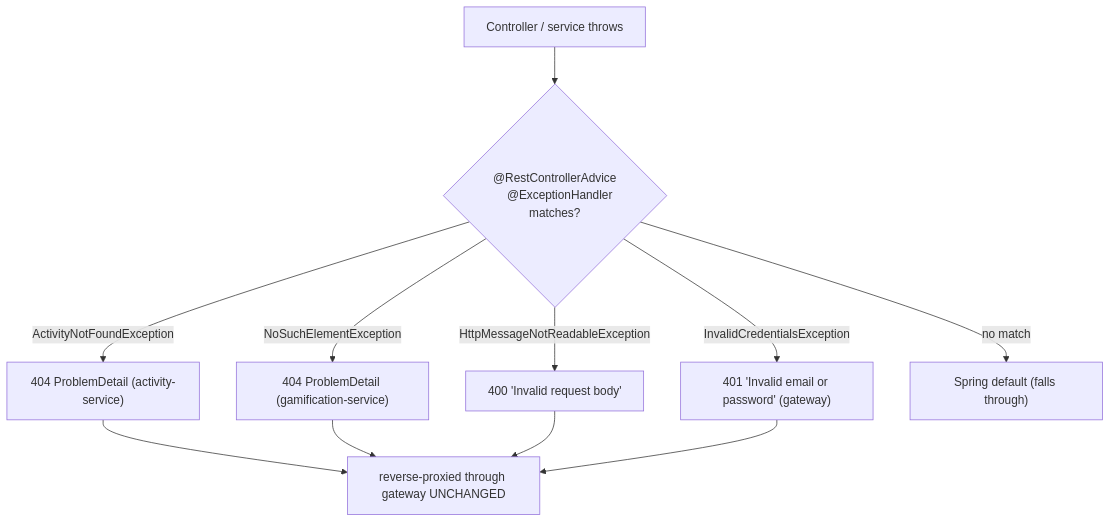
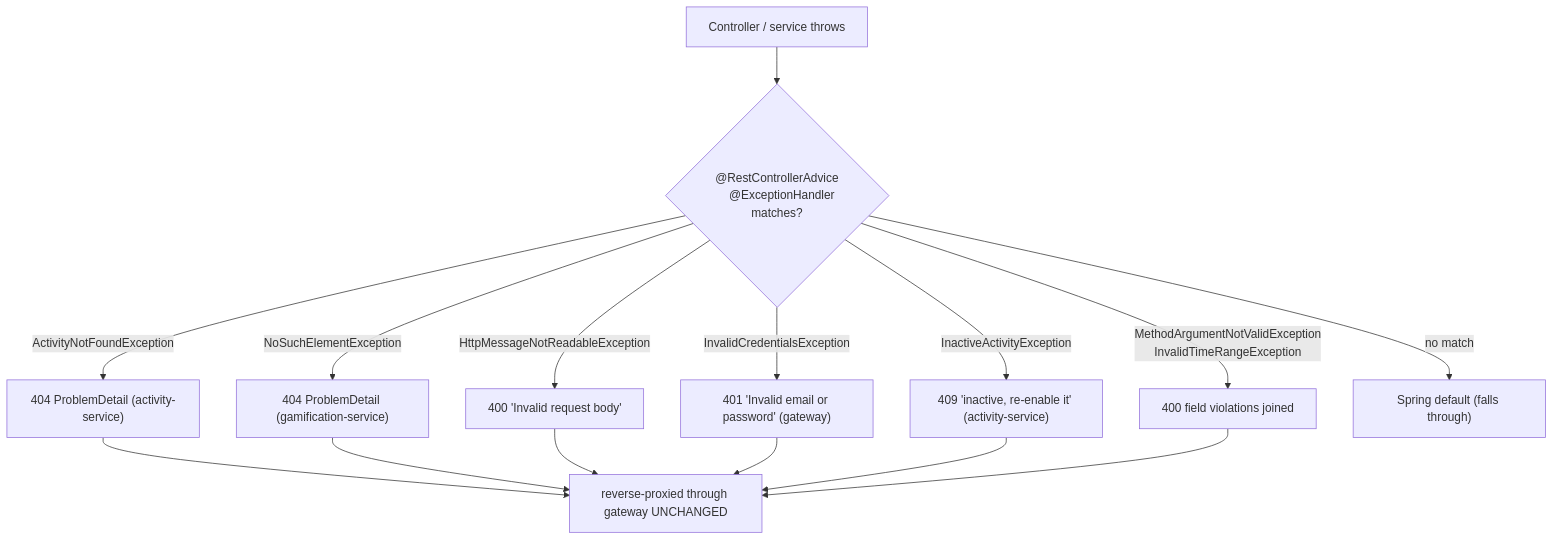
One commit to prashant-singh-2001/gamified_tracker changed the diagram in docs/features/error-handling.md. Above: the diagram before and after it, drawn with Mermaid. The commit also changed other lines of this file and 9 other files, not shown here.

````diff
--- a/docs/features/error-handling.md
+++ b/docs/features/error-handling.md
@@ -20,11 +20,13 @@
 ```mermaid
 flowchart TB
     A[Controller / service throws] --> B{"@RestControllerAdvice
     @ExceptionHandler matches?"}
     B -->|"ActivityNotFoundException"| C["404 ProblemDetail (activity-service)"]
     B -->|"NoSuchElementException"| D["404 ProblemDetail (gamification-service)"]
+    B -->|"InactiveActivityException"| I["409 'inactive, re-enable it' (activity-service)"]
+    B -->|"MethodArgumentNotValidException<br/>InvalidTimeRangeException"| J["400 field violations joined"]
     B -->|"HttpMessageNotReadableException"| E["400 'Invalid request body'"]
     B -->|"InvalidCredentialsException"| F["401 'Invalid email or password' (gateway)"]
     B -->|no match| G["Spring default (falls through)"]
-    C & D & E & F --> H["reverse-proxied through gateway UNCHANGED"]
+    C & D & E & F & I & J --> H["reverse-proxied through gateway UNCHANGED"]
 ```
````
